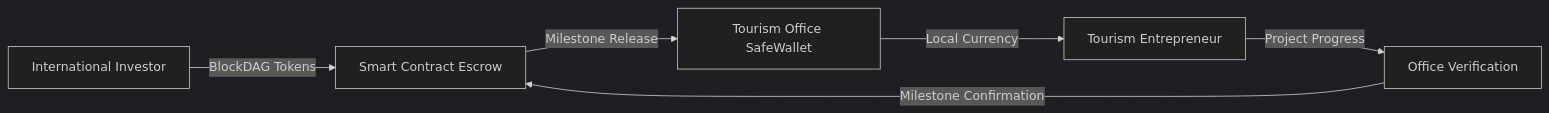
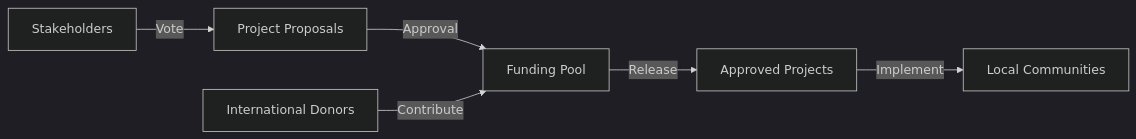
One commit to tapilew/equilibrio-alpha changed the first of 7 diagrams in README.md. Above: the diagram before and after it, drawn with Mermaid (dark theme). The commit also changed other lines of this file, not shown here.

````diff
--- a/README.md
+++ b/README.md
@@ -23,8 +65,8 @@
    ```mermaid
    graph LR
-       A[International Investor] -->|BlockDAG Tokens| B[Smart Contract Escrow]
-       B -->|Milestone Release| C[Tourism Office SafeWallet]
-       C -->|Local Currency| D[Tourism Entrepreneur]
-       D -->|Project Progress| E[Office Verification]
-       E -->|Milestone Confirmation| B
+       A[Stakeholders] -->|Vote| B[Project Proposals]
+       B -->|Approval| C[Funding Pool]
+       D[International Donors] -->|Contribute| C
+       C -->|Release| E[Approved Projects]
+       E -->|Implement| F[Local Communities]
    ```
````
